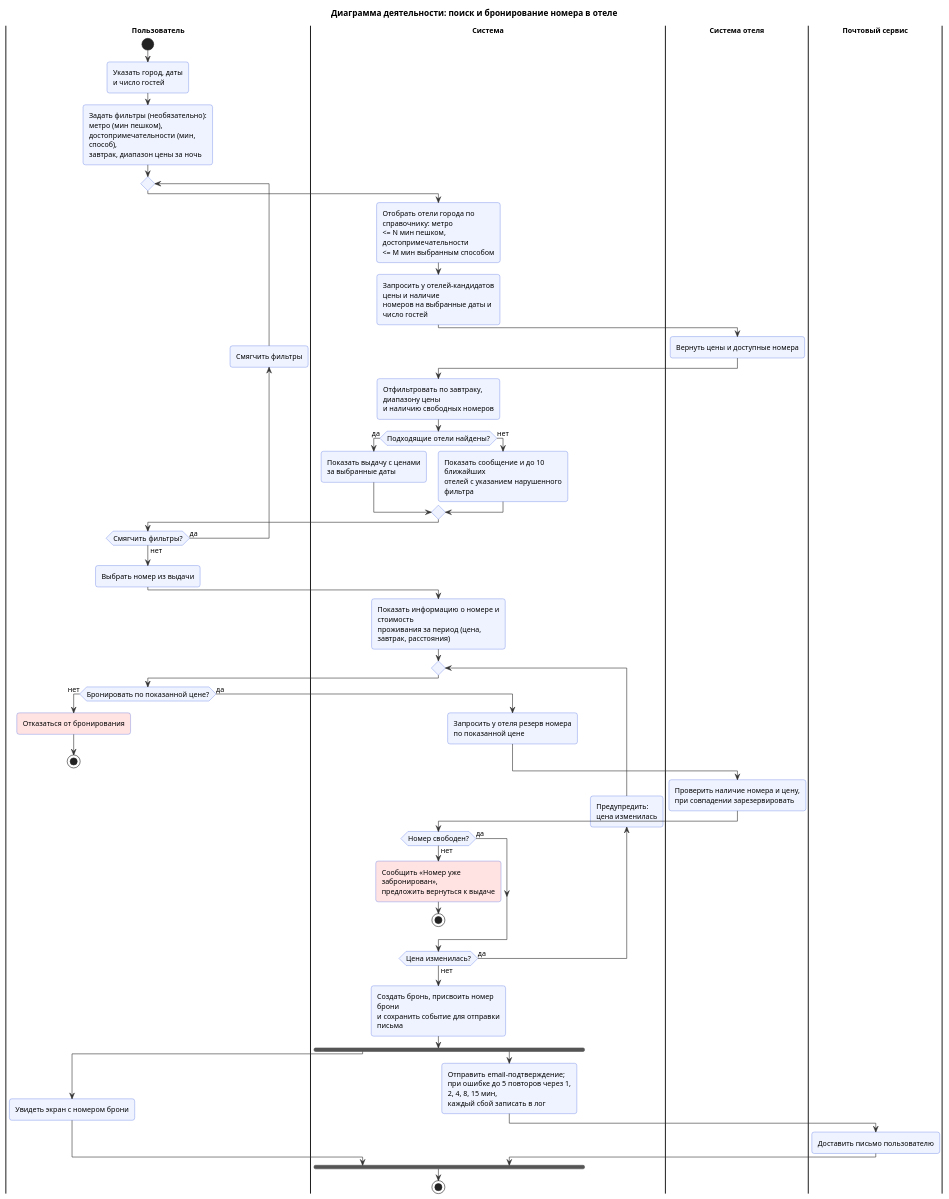
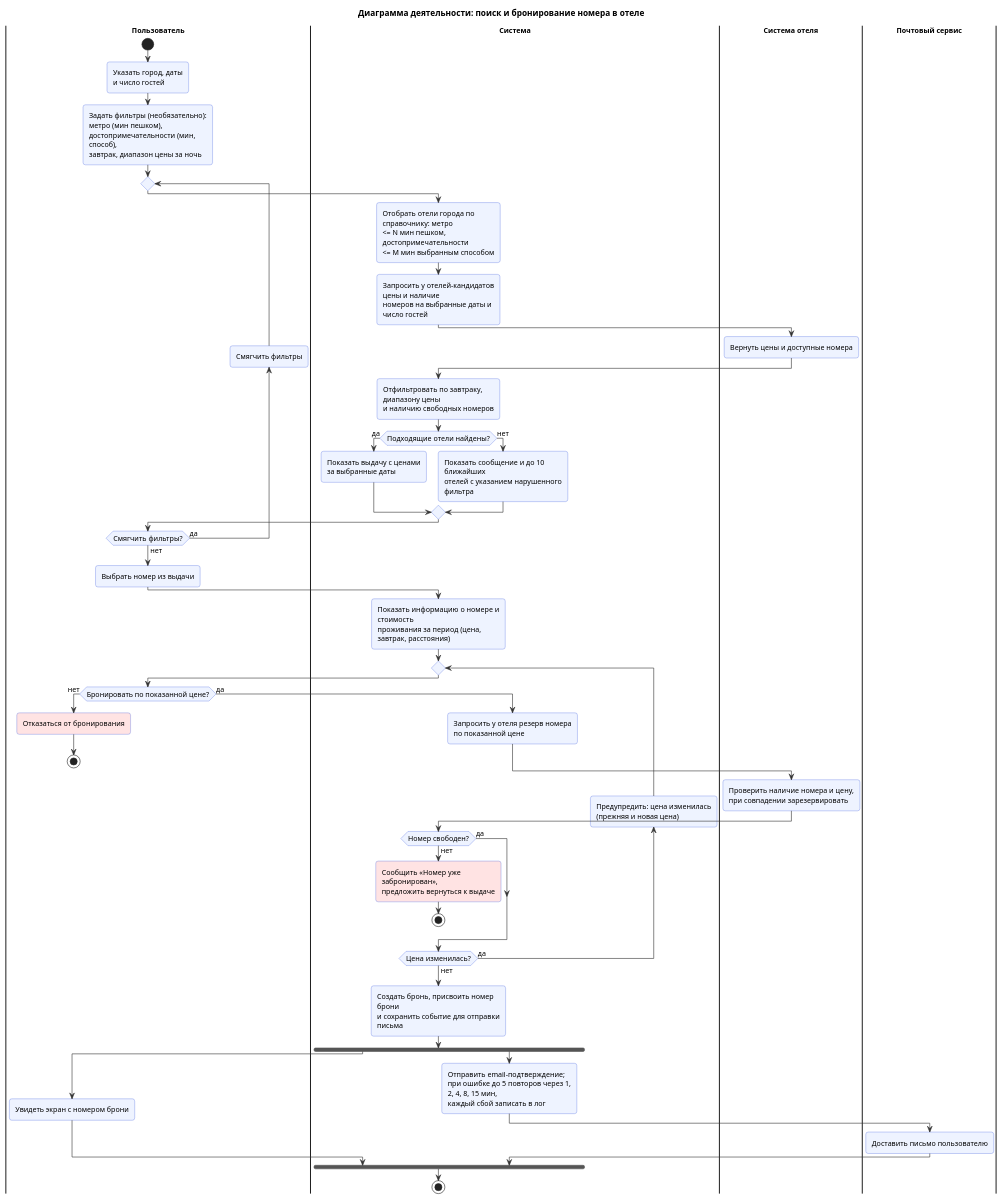
Before and after one commit to Remsely/cu-system-analysis: the diagram in hw2/1_2_activity.puml, drawn with PlantUML. The commit also changed 1 other file, not shown here.

Commit message:
fix: align sequence and activity messages for taken room and price change
Claude-Session: https://claude.ai/code/session_01SJHMf92G1uTVkAQDfZWZSg

```diff
--- a/hw2/1_2_activity.puml
+++ b/hw2/1_2_activity.puml
@@ -1,77 +1,77 @@
 @startuml
 
 skinparam shadowing false
 skinparam defaultFontSize 12
 skinparam backgroundColor white
 skinparam roundCorner 8
 skinparam ArrowColor #333333
 skinparam wrapWidth 220
 skinparam activity {
   BackgroundColor #EEF3FF
   BorderColor #3B5BDB
 }
 skinparam swimlaneTitleFontStyle bold
 
 title Диаграмма деятельности: поиск и бронирование номера в отеле
 
 |Пользователь|
 start
 :Указать город, даты\nи число гостей;
 
 :Задать фильтры (необязательно): метро (мин пешком),\nдостопримечательности (мин, способ),\nзавтрак, диапазон цены за ночь;
 repeat
   |Система|
   :Отобрать отели города по справочнику: метро\n<= N мин пешком, достопримечательности\n<= M мин выбранным способом;
   :Запросить у отелей-кандидатов цены и наличие\nномеров на выбранные даты и число гостей;
   |Система отеля|
   :Вернуть цены и доступные номера;
   |Система|
   :Отфильтровать по завтраку, диапазону цены\nи наличию свободных номеров;
   if (Подходящие отели найдены?) then (да)
     :Показать выдачу с ценами\nза выбранные даты;
   else (нет)
     :Показать сообщение и до 10 ближайших\nотелей с указанием нарушенного фильтра;
   endif
   |Пользователь|
 backward :Смягчить фильтры;
 repeat while (Смягчить фильтры?) is (да) not (нет)
 
 |Пользователь|
 :Выбрать номер из выдачи;
 |Система|
 :Показать информацию о номере и стоимость\nпроживания за период (цена, завтрак, расстояния);
 repeat
   |Пользователь|
   if (Бронировать по показанной цене?) then (нет)
     #FFE3E3:Отказаться от бронирования;
     stop
   else (да)
     |Система|
     :Запросить у отеля резерв номера\nпо показанной цене;
   endif
   |Система отеля|
   :Проверить наличие номера и цену,\nпри совпадении зарезервировать;
   |Система|
   if (Номер свободен?) then (нет)
     #FFE3E3:Сообщить «Номер уже забронирован»,\nпредложить вернуться к выдаче;
     stop
   else (да)
   endif
 |Система|
-backward :Предупредить:\nцена изменилась;
+backward :Предупредить: цена изменилась\n(прежняя и новая цена);
 repeat while (Цена изменилась?) is (да) not (нет)
 
 :Создать бронь, присвоить номер брони\nи сохранить событие для отправки письма;
 fork
   |Пользователь|
   :Увидеть экран с номером брони;
 fork again
   |Система|
   :Отправить email-подтверждение;\nпри ошибке до 5 повторов через 1, 2, 4, 8, 15 мин,\nкаждый сбой записать в лог;
   |Почтовый сервис|
   :Доставить письмо пользователю;
   |Система|
 end fork
 stop
 
 @enduml
```
